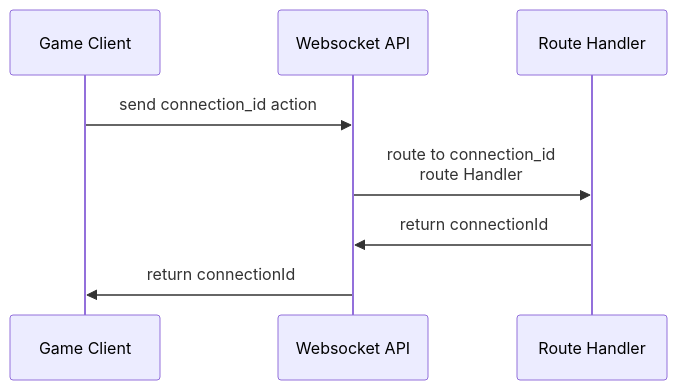
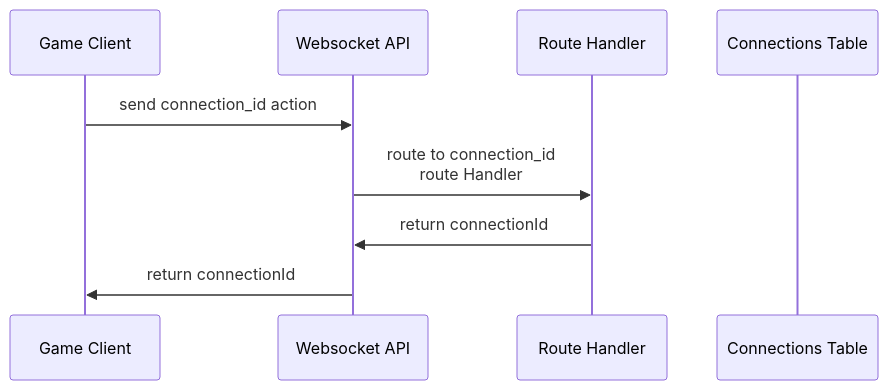
One commit to ardelio/phaser-multiplayer-spike-infrastructure changed the diagram in assets/mermaid-diagrams/sequence-diagram.connection-id-route.mmd. Above: the diagram before and after it, drawn with Mermaid. The commit also changed 4 other files, not shown here.

Commit message:
fix diagram create script

```diff
--- a/assets/mermaid-diagrams/sequence-diagram.connection-id-route.mmd
+++ b/assets/mermaid-diagrams/sequence-diagram.connection-id-route.mmd
@@ -1,9 +1,10 @@
 sequenceDiagram
   participant GC as Game Client
   participant WA as Websocket API
   participant RH as Route Handler
+  participant CT as Connections Table
 
   GC->>WA: send connection_id action
   WA->>RH: route to connection_id<br />route Handler
   RH->>WA: return connectionId
   WA->>GC: return connectionId
```
